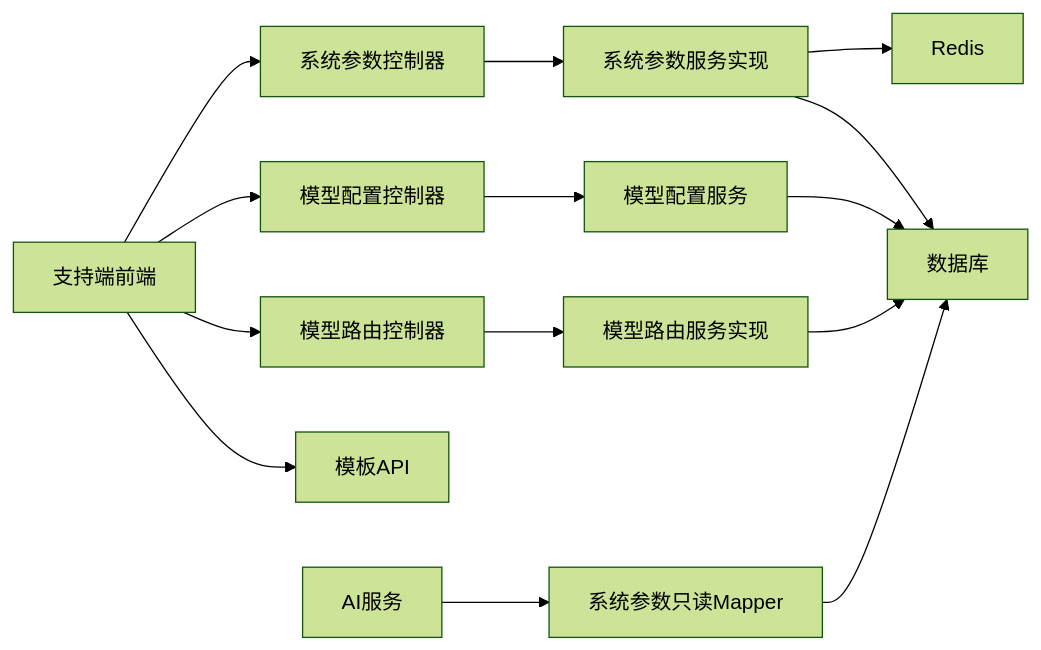
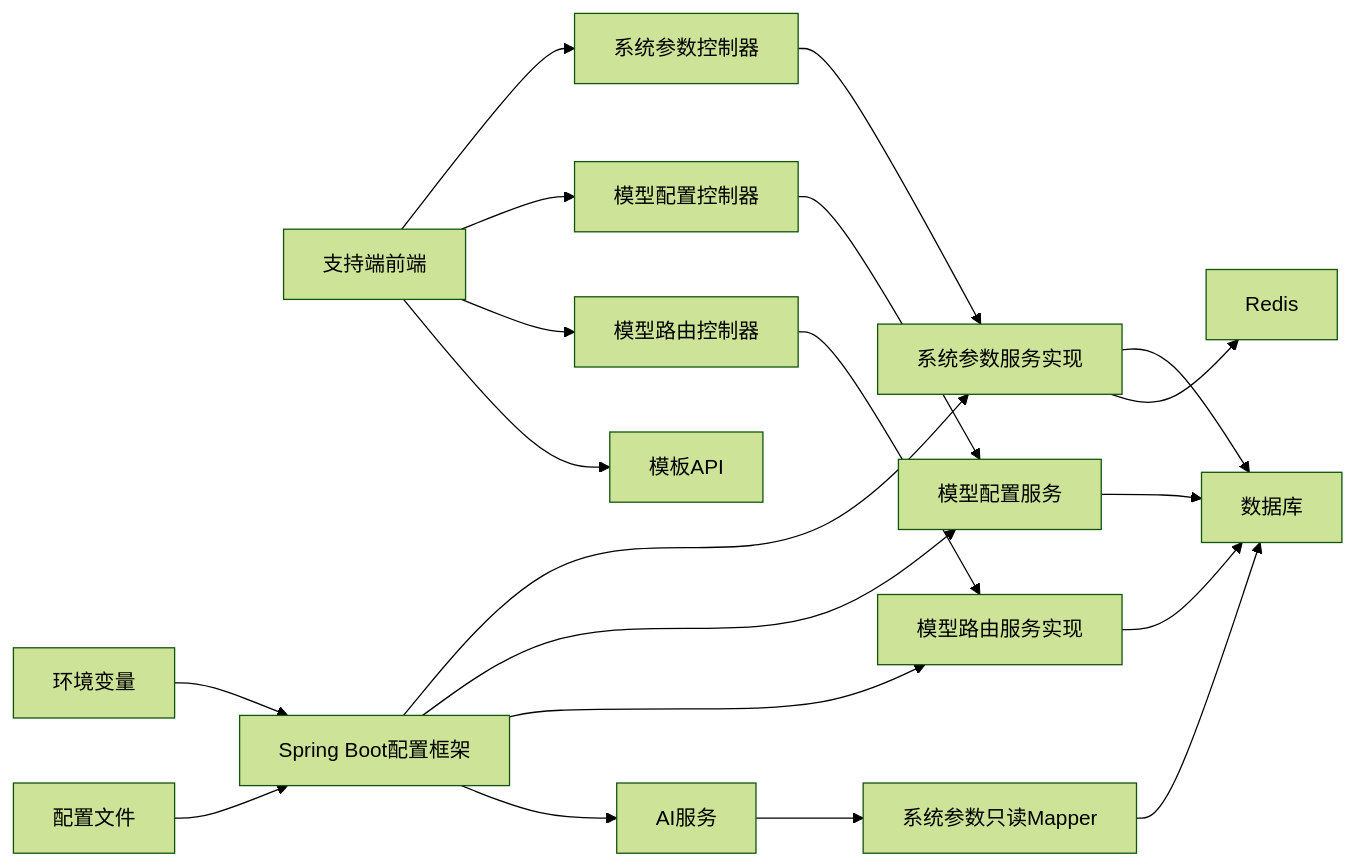
One commit to DrunkFood/First changed the tenth of 10 diagrams in .qoder/repowiki/zh/content/系统管理/系统配置管理.md. Above: the diagram before and after it, drawn with Mermaid (forest theme). The commit also changed other lines of this file and 66 other files, not shown here.

````diff
--- a/.qoder/repowiki/zh/content/系统管理/系统配置管理.md
+++ b/.qoder/repowiki/zh/content/系统管理/系统配置管理.md
@@ -387,16 +576,22 @@
 ```mermaid
 graph LR
 FE_SUP["支持端前端"] --> CTRL_SYS["系统参数控制器"]
 FE_SUP --> CTRL_MC["模型配置控制器"]
 FE_SUP --> CTRL_MR["模型路由控制器"]
 FE_SUP --> API_TPL["模板API"]
 CTRL_SYS --> SVC_SYS["系统参数服务实现"]
 CTRL_MC --> SVC_MC["模型配置服务"]
 CTRL_MR --> SVC_MR["模型路由服务实现"]
 SVC_SYS --> DB["数据库"]
 SVC_SYS --> REDIS["Redis"]
 SVC_MC --> DB
 SVC_MR --> DB
 SVC_AI["AI服务"] --> READ_MAPPER["系统参数只读Mapper"]
 READ_MAPPER --> DB
+CONF_FRAMEWORK["Spring Boot配置框架"] --> SVC_SYS
+CONF_FRAMEWORK --> SVC_MC
+CONF_FRAMEWORK --> SVC_MR
+CONF_FRAMEWORK --> SVC_AI
+ENV_VARS["环境变量"] --> CONF_FRAMEWORK
+CONFIG_FILES["配置文件"] --> CONF_FRAMEWORK
 ```
````
